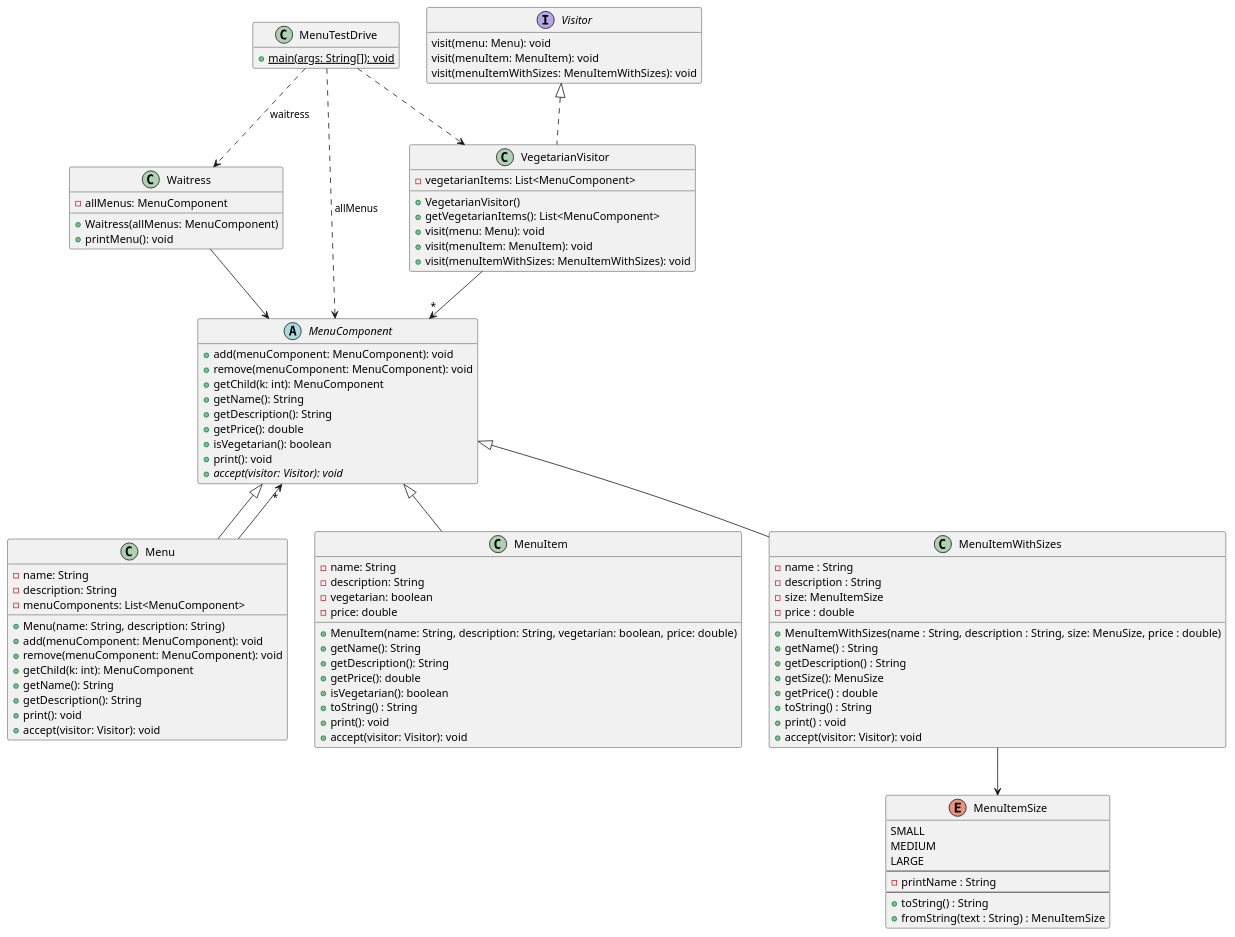
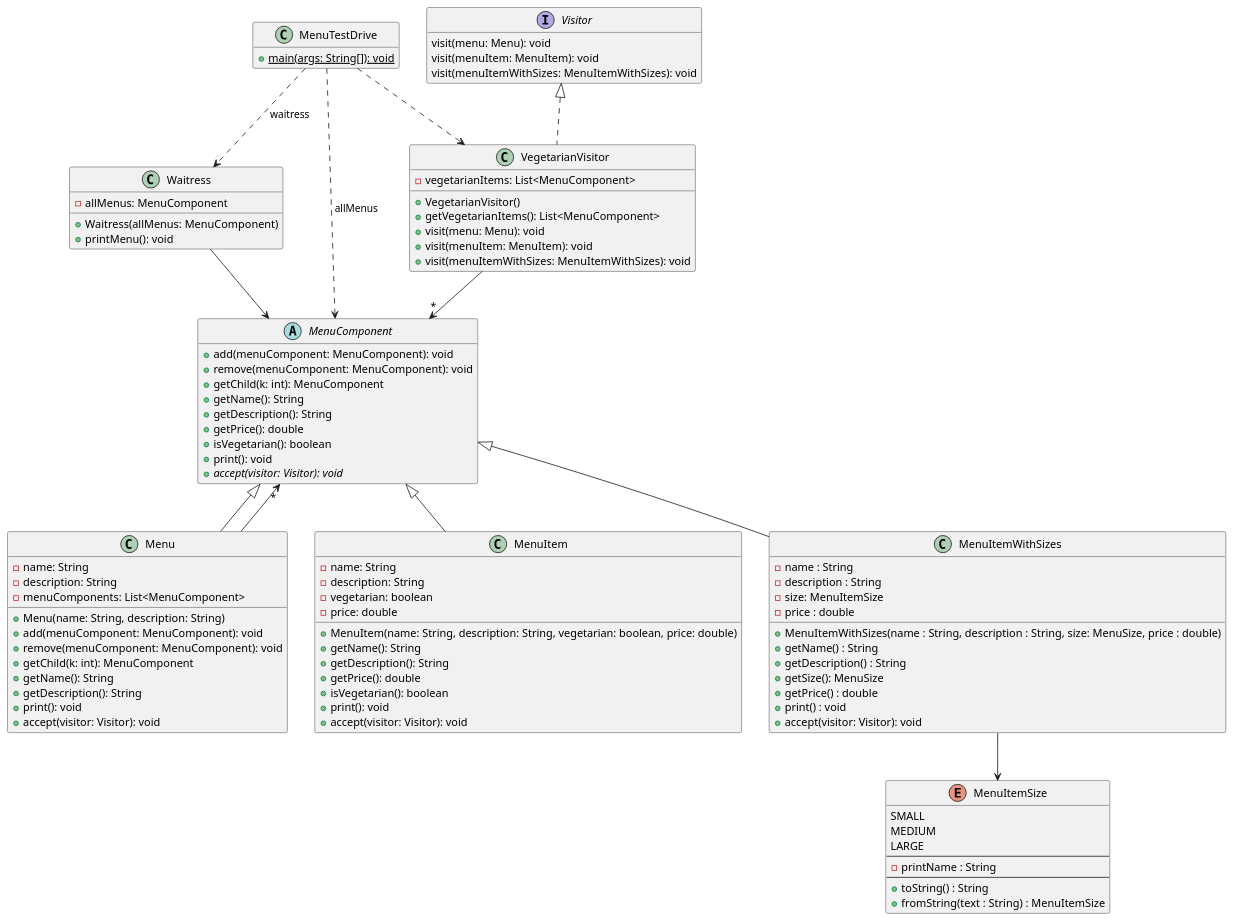
The diagram in CompositeWithVisitor.puml (rhit-csse374/BuffaloTemplateTest), drawn with PlantUML before and after one commit. The commit also changed 4 other files, not shown here.

```diff
--- a/CompositeWithVisitor.puml
+++ b/CompositeWithVisitor.puml
@@ -1,113 +1,111 @@
 @startuml
 hide empty members
 
 class MenuTestDrive {
 	+{static} main(args: String[]): void
 }
 
 class Menu  {
 	-name: String
 	-description: String
 	-menuComponents: List<MenuComponent>
 
 	+Menu(name: String, description: String)
 	+add(menuComponent: MenuComponent): void
 	+remove(menuComponent: MenuComponent): void
 	+getChild(k: int): MenuComponent
 	+getName(): String
 	+getDescription(): String
 	+print(): void
 	+accept(visitor: Visitor): void
 }
 
 class MenuItem  {
 	-name: String
 	-description: String
 	-vegetarian: boolean
 	-price: double
 	+MenuItem(name: String, description: String, vegetarian: boolean, price: double)
 	+getName(): String
 	+getDescription(): String
 	+getPrice(): double
 	+isVegetarian(): boolean
-	+toString() : String
 	+print(): void
 	+accept(visitor: Visitor): void
 }
 
 class MenuItemWithSizes {
         -name : String
         -description : String
         -size: MenuItemSize
         -price : double
 
         +MenuItemWithSizes(name : String, description : String, size: MenuSize, price : double)
         +getName() : String
         +getDescription() : String
          +getSize(): MenuSize
         +getPrice() : double
-		+toString() : String
         +print() : void
 		+accept(visitor: Visitor): void
     }
 
 enum MenuItemSize {
         SMALL
         MEDIUM
         LARGE
         --
         -printName : String
         --
         +toString() : String
         +fromString(text : String) : MenuItemSize
     }
 
 class Waitress  {
 	-allMenus: MenuComponent
 
 	+Waitress(allMenus: MenuComponent)
 	+printMenu(): void
 }
 
 abstract class MenuComponent  {
 	+add(menuComponent: MenuComponent): void
 	+remove(menuComponent: MenuComponent): void
 	+getChild(k: int): MenuComponent
 	+getName(): String
 	+getDescription(): String
 	+getPrice(): double
 	+isVegetarian(): boolean
 	+print(): void
 	+{abstract} accept(visitor: Visitor): void
 }
 
 class VegetarianVisitor {
 	-vegetarianItems: List<MenuComponent>
 	
 	+VegetarianVisitor()
 	+getVegetarianItems(): List<MenuComponent>
 	+visit(menu: Menu): void
 	+visit(menuItem: MenuItem): void
 	+visit(menuItemWithSizes: MenuItemWithSizes): void
 }
 
 interface Visitor  {
 	visit(menu: Menu): void
 	visit(menuItem: MenuItem): void
 	visit(menuItemWithSizes: MenuItemWithSizes): void
 }
 
 
 MenuItemWithSizes --> MenuItemSize
 Menu --> "*" MenuComponent 
 MenuComponent <|-- Menu
 MenuComponent <|-- MenuItem
 MenuComponent <|-- MenuItemWithSizes
 Waitress --> MenuComponent
 VegetarianVisitor --> "*" MenuComponent
 Visitor <|.. VegetarianVisitor
 
 MenuTestDrive ..> MenuComponent : allMenus
 MenuTestDrive ..> Waitress : waitress
 MenuTestDrive ..> VegetarianVisitor 
 @enduml
```
